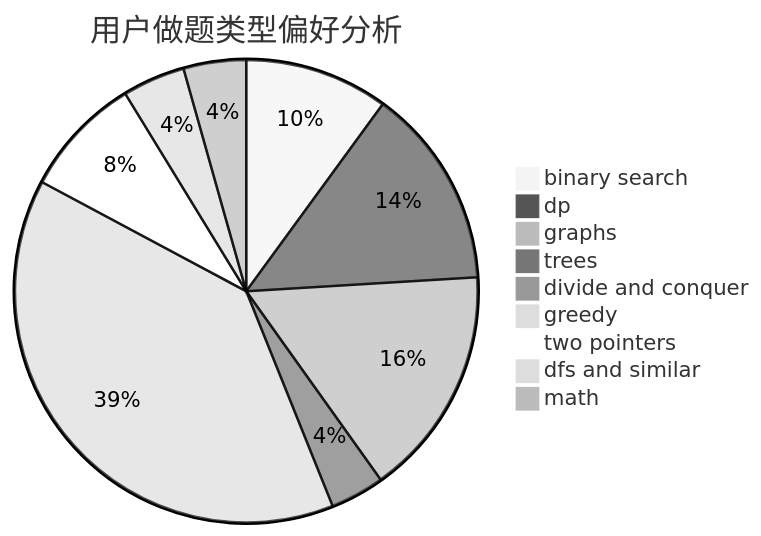
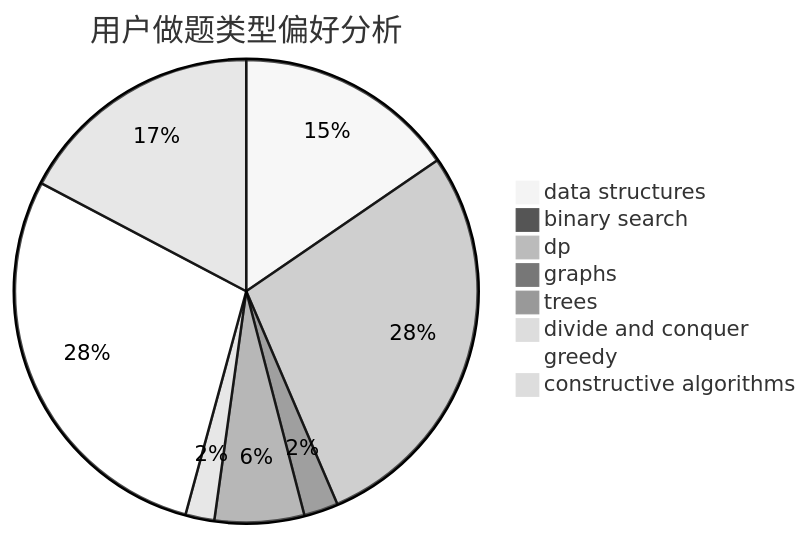
Before and after one commit to sherpahu/cfrs.github.io: the second of 3 diagrams in docs/user/u1632.md, drawn with Mermaid (neutral theme). The commit also changed other lines of this file and 2775 other files, not shown here.

````diff
--- a/docs/user/u1632.md
+++ b/docs/user/u1632.md
@@ -23,12 +23,11 @@
 ```mermaid
 pie title 用户做题类型偏好分析
-    "binary search" :  202
-    "dp" :  282
-    "graphs" :  324
-    "trees" :  76
-    "divide and conquer" :  19
-    "greedy" :  783
-    "two pointers" :  170
-    "dfs and similar" :  88
-    "math" :  88
+    "data structures" :  84
+    "binary search" :  5
+    "dp" :  153
+    "graphs" :  13
+    "trees" :  34
+    "divide and conquer" :  11
+    "greedy" :  155
+    "constructive algorithms" :  94
 ```
````
